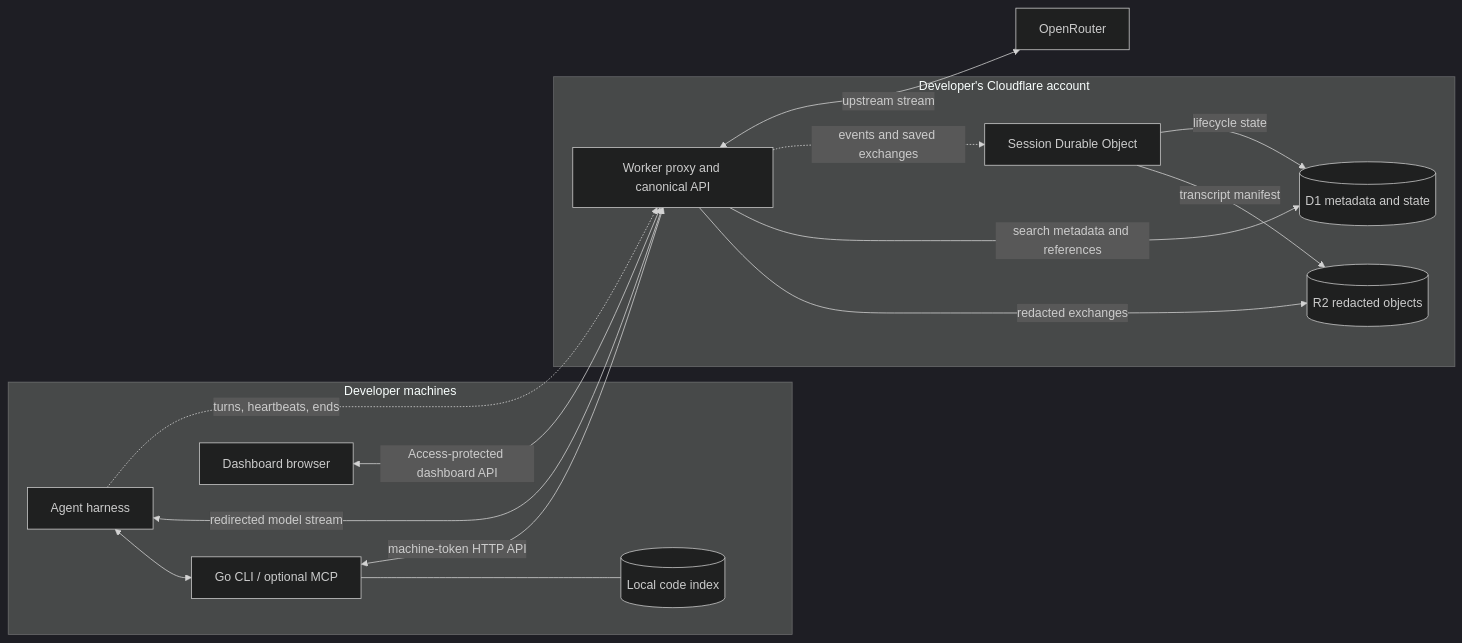
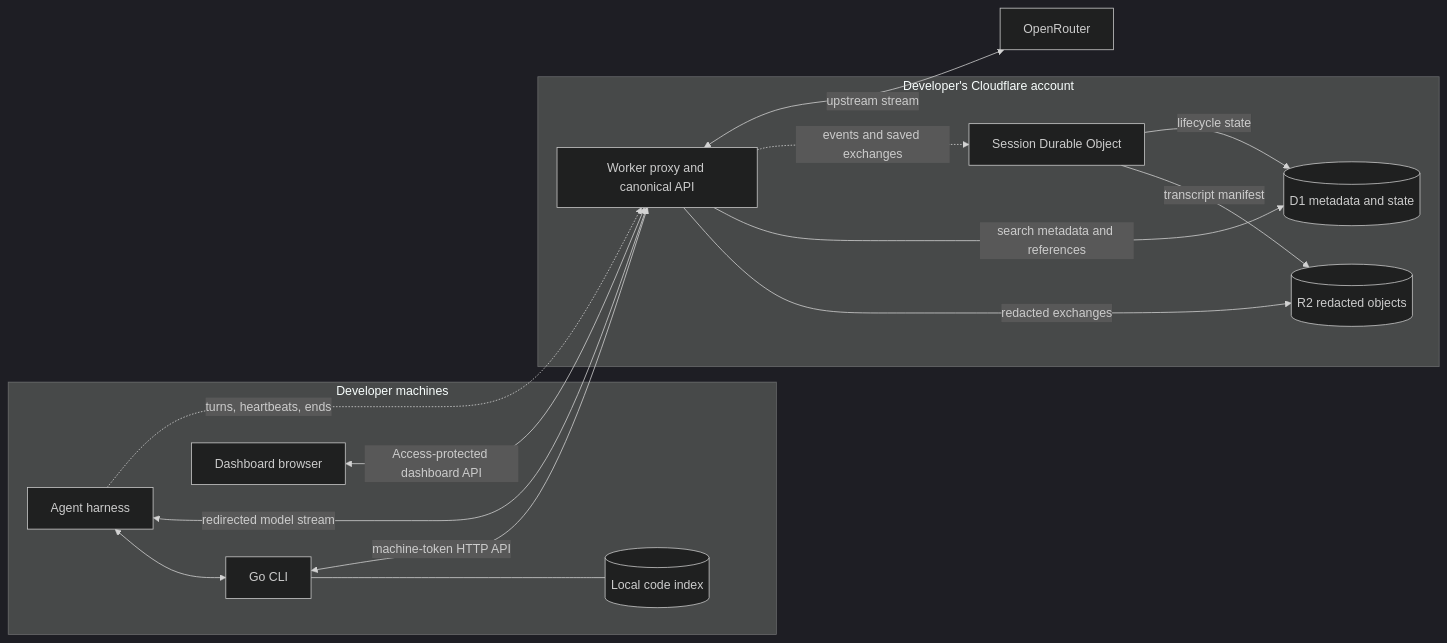
One commit to cloudboy-jh/Mimir changed the diagram in docs/Spec.md. Above: the diagram before and after it, drawn with Mermaid (dark theme). The commit also changed other lines of this file and 42 other files, not shown here.

First line of the commit message:
feat(cli)!: remove MCP and harden self-updates

````diff
--- a/docs/Spec.md
+++ b/docs/Spec.md
@@ -43,32 +43,32 @@
 ```mermaid
 flowchart LR
     subgraph LOCAL[Developer machines]
         H[Agent harness]
-        C[Go CLI / optional MCP]
+        C[Go CLI]
         B[Dashboard browser]
         I[(Local code index)]
         H <--> C
         C --- I
     end
 
     subgraph CF[Developer's Cloudflare account]
         W[Worker proxy and canonical API]
         S[Session Durable Object]
         R[(R2 redacted objects)]
         D[(D1 metadata and state)]
 
         W -->|redacted exchanges| R
         W -->|search metadata and references| D
         W -.->|events and saved exchanges| S
         S -->|transcript manifest| R
         S -->|lifecycle state| D
     end
 
     O[OpenRouter]
 
     H <-->|redirected model stream| W
     H -.->|turns, heartbeats, ends| W
     C <-->|machine-token HTTP API| W
     B <-->|Access-protected dashboard API| W
     W <-->|upstream stream| O
 ```
````
